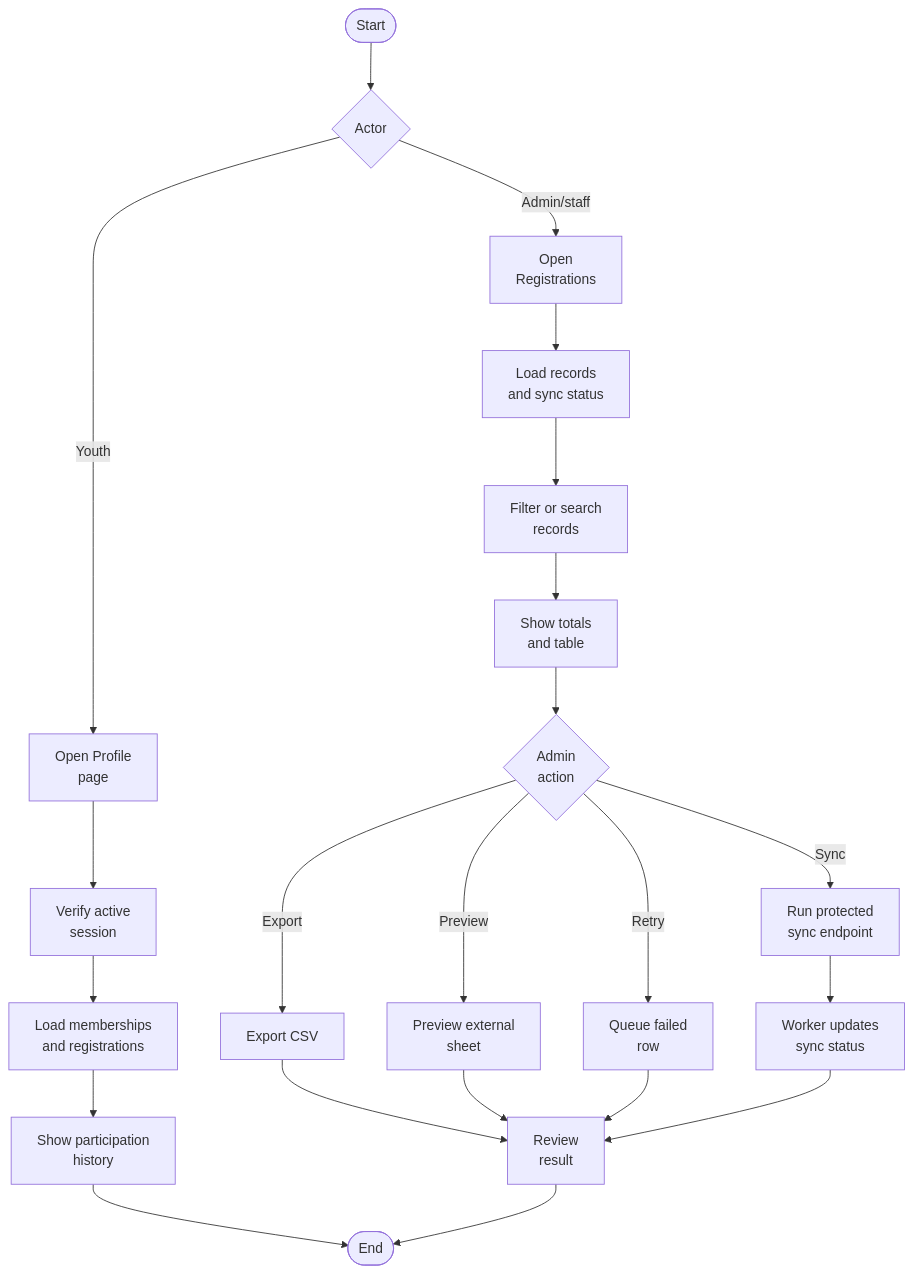
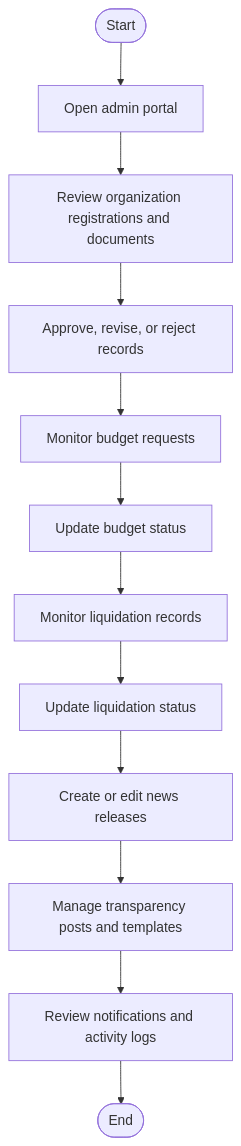
Before and after one commit to txiaoqt/lydo-connect-org-focused: the third of 3 diagrams in Methodology/3.2.1-Activity-Diagram.md, drawn with Mermaid. The commit also changed other lines of this file and 22 other files, not shown here.

````diff
--- a/Methodology/3.2.1-Activity-Diagram.md
+++ b/Methodology/3.2.1-Activity-Diagram.md
@@ -100,25 +44,14 @@
 ```mermaid
-%%{init: {"flowchart": {"htmlLabels": true, "nodeSpacing": 50, "rankSpacing": 55}} }%%
 flowchart TD
-    A([Start]) --> B{Actor}
-    B -- Youth --> C["Open Profile<br/>page"]
-    C --> D["Verify active<br/>session"]
-    D --> E["Load memberships<br/>and registrations"]
-    E --> F["Show participation<br/>history"]
-    F --> G([End])
-    B -- Admin/staff --> H["Open<br/>Registrations"]
-    H --> I["Load records<br/>and sync status"]
-    I --> J["Filter or search<br/>records"]
-    J --> K["Show totals<br/>and table"]
-    K --> L{"Admin<br/>action"}
-    L -- Export --> M["Export CSV"]
-    L -- Preview --> N["Preview external<br/>sheet"]
-    L -- Retry --> O["Queue failed<br/>row"]
-    L -- Sync --> P["Run protected<br/>sync endpoint"]
-    P --> Q["Worker updates<br/>sync status"]
-    M --> R["Review<br/>result"]
-    N --> R
-    O --> R
-    Q --> R
-    R --> G
+    A([Start]) --> B["Open admin portal"]
+    B --> C["Review organization registrations and documents"]
+    C --> D["Approve, revise, or reject records"]
+    D --> E["Monitor budget requests"]
+    E --> F["Update budget status"]
+    F --> G["Monitor liquidation records"]
+    G --> H["Update liquidation status"]
+    H --> I["Create or edit news releases"]
+    I --> J["Manage transparency posts and templates"]
+    J --> K["Review notifications and activity logs"]
+    K --> L([End])
 ```
````
